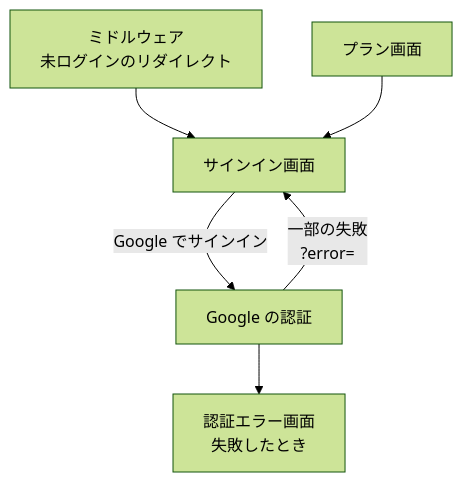
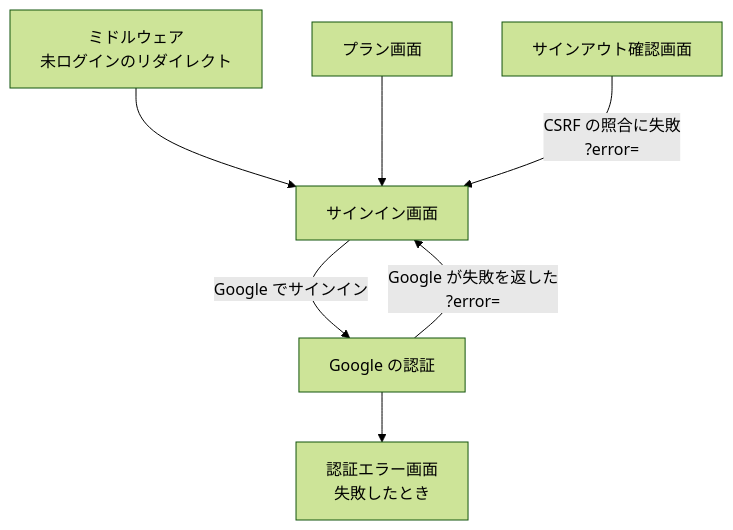
The diagram in docs/specs/auth/screen/signin.md (nagiyu/nagiyu-platform), drawn with Mermaid (forest theme) before and after one commit. The commit also changed other lines of this file and 4 other files, not shown here.

First line of the commit message:
レビューの指摘を反映する (CSRF 失敗の戻り先の記述、ログイン済みの配列・空の error のテスト)

````diff
--- a/docs/specs/auth/screen/signin.md
+++ b/docs/specs/auth/screen/signin.md
@@ -103,8 +103,9 @@
 ```mermaid
 flowchart TD
     M[ミドルウェア<br/>未ログインのリダイレクト] --> S[サインイン画面]
     P[プラン画面] --> S
     S -->|Google でサインイン| G[Google の認証]
     G --> E[認証エラー画面<br/>失敗したとき]
-    G -->|一部の失敗<br/>?error=| S
+    G -->|Google が失敗を返した<br/>?error=| S
+    O[サインアウト確認画面] -->|CSRF の照合に失敗<br/>?error=| S
 ```
````
